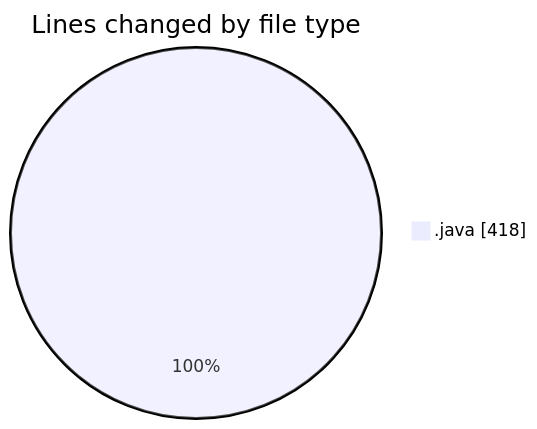
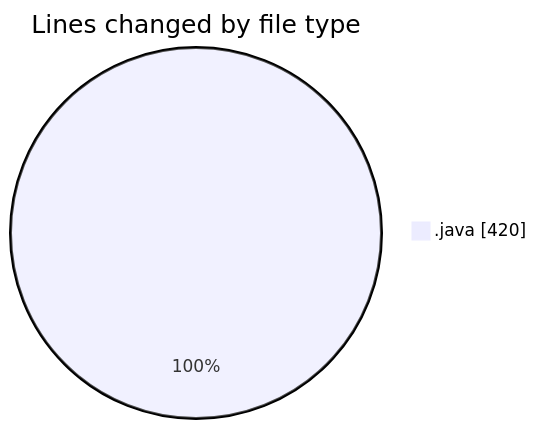
The first of 2 diagrams in 2026-02-26/cilapp/README.md (ricardozamudiocil/code-tracking), drawn with Mermaid before and after one commit. The commit also changed other lines of this file and 1 other file, not shown here.

````diff
--- a/2026-02-26/cilapp/README.md
+++ b/2026-02-26/cilapp/README.md
@@ -22,5 +22,5 @@
 ```mermaid
 pie showData
 title Lines changed by file type
-".java" : 418
+".java" : 420
 ```
````
